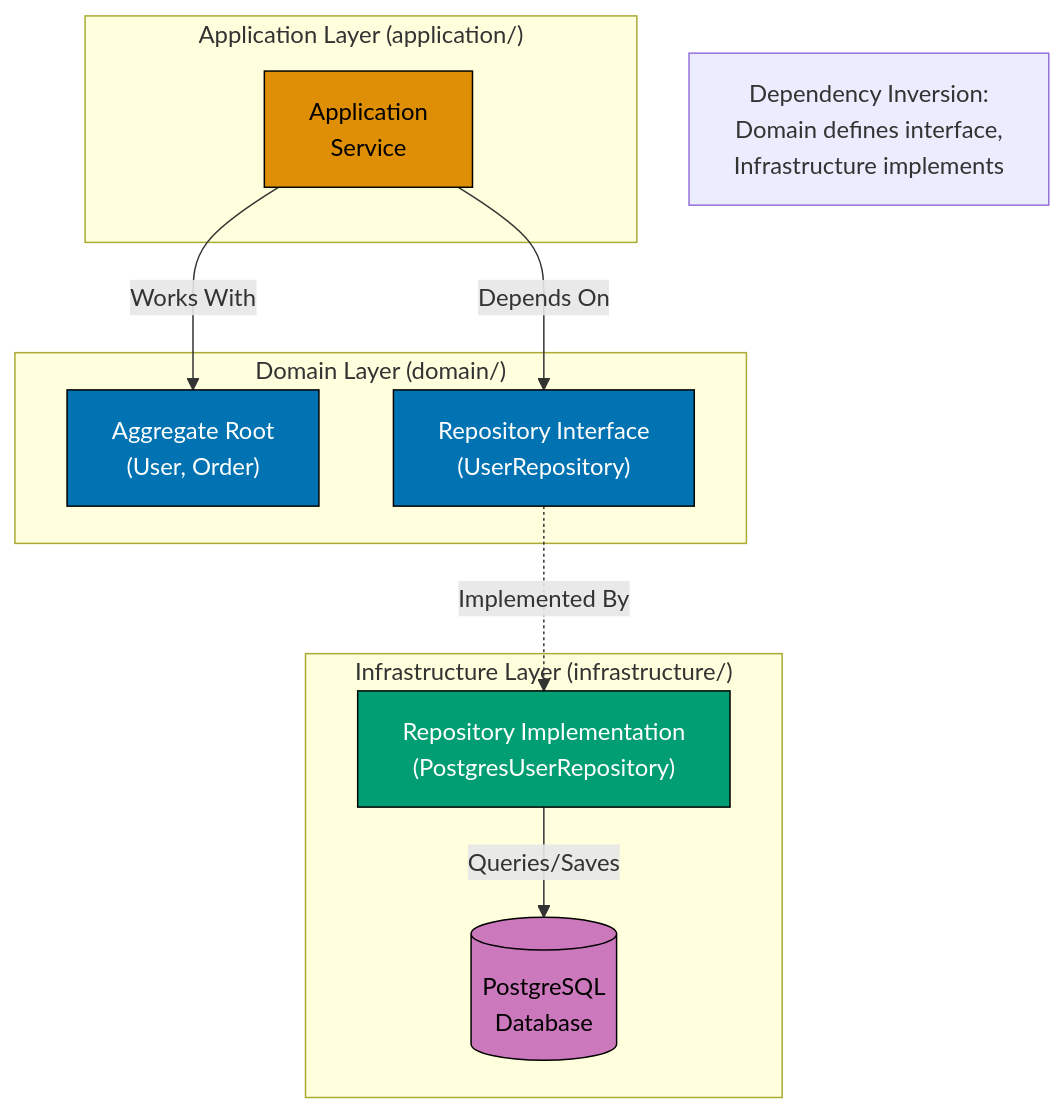
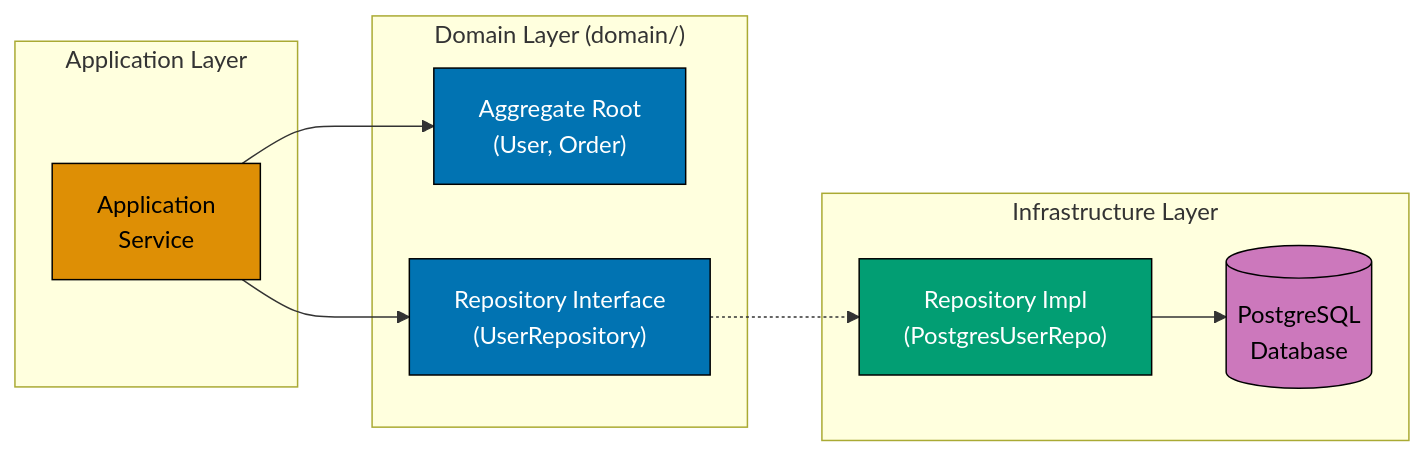
One commit to wahidyankf/open-sharia-enterprise changed the third of 5 diagrams in docs/explanation/software-engineering/programming-languages/golang/ddd-standards.md. Above: the diagram before and after it, drawn with Mermaid. The commit also changed other lines of this file and 11 other files, not shown here.

First line of the commit message:
fix(docs): fix mermaid violations in golang docs

````diff
--- a/docs/explanation/software-engineering/programming-languages/golang/ddd-standards.md
+++ b/docs/explanation/software-engineering/programming-languages/golang/ddd-standards.md
@@ -562,31 +562,29 @@
 ```mermaid
 %% Color Palette: Blue #0173B2, Orange #DE8F05, Teal #029E73, Purple #CC78BC
 %% All colors are color-blind friendly and meet WCAG AA contrast standards
 
-graph TD
+graph LR
     subgraph Domain["Domain Layer (domain/)"]
         Agg["Aggregate Root<br/>(User, Order)"]:::blue
         RepIntf["Repository Interface<br/>(UserRepository)"]:::blue
     end
 
-    subgraph Application["Application Layer (application/)"]
+    subgraph Application["Application Layer"]
         Svc["Application<br/>Service"]:::orange
     end
 
-    subgraph Infrastructure["Infrastructure Layer (infrastructure/)"]
-        RepImpl["Repository Implementation<br/>(PostgresUserRepository)"]:::teal
+    subgraph Infrastructure["Infrastructure Layer"]
+        RepImpl["Repository Impl<br/>(PostgresUserRepo)"]:::teal
         DB[("PostgreSQL<br/>Database")]:::purple
     end
 
-    Svc -->|"Depends On"| RepIntf
-    Svc -->|"Works With"| Agg
-    RepIntf -.->|"Implemented By"| RepImpl
-    RepImpl -->|"Queries/Saves"| DB
-
-    Note["Dependency Inversion:<br/>Domain defines interface,<br/>Infrastructure implements"]
+    Svc --> RepIntf
+    Svc --> Agg
+    RepIntf -.-> RepImpl
+    RepImpl --> DB
 
     classDef blue fill:#0173B2,stroke:#000,color:#fff
     classDef orange fill:#DE8F05,stroke:#000,color:#000
     classDef teal fill:#029E73,stroke:#000,color:#fff
     classDef purple fill:#CC78BC,stroke:#000,color:#000
 ```
````
